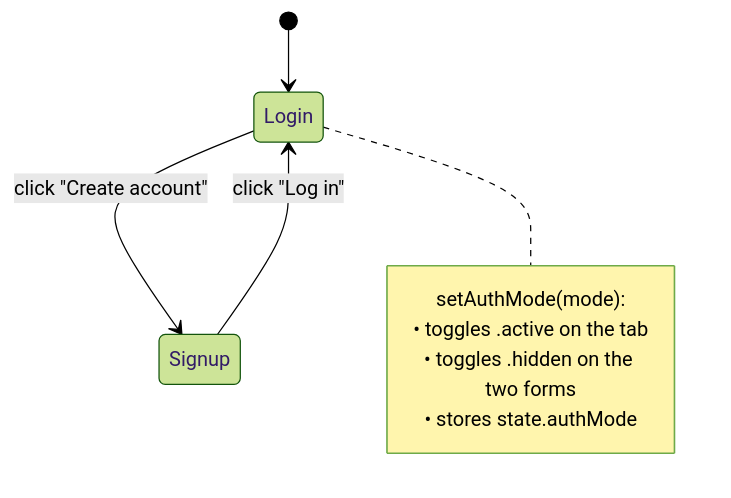
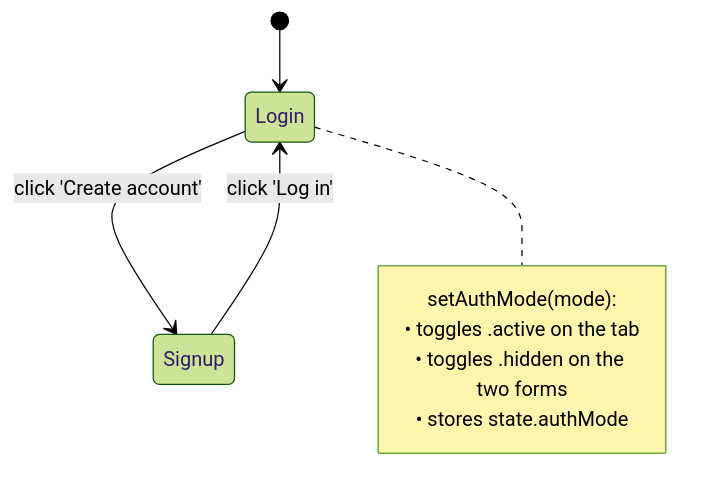
Before and after one commit to ngocnxx/digit-yr12-project: the fourth of 4 diagrams in docs/design/auth-screen.md, drawn with Mermaid (forest theme). The commit also changed other lines of this file, not shown here.

````diff
--- a/docs/design/auth-screen.md
+++ b/docs/design/auth-screen.md
@@ -154,12 +155,12 @@
 ```mermaid
 stateDiagram-v2
     [*] --> Login
-    Login --> Signup: click "Create account"
-    Signup --> Login: click "Log in"
+    Login --> Signup: click 'Create account'
+    Signup --> Login: click 'Log in'
     note right of Login
       setAuthMode(mode):
       • toggles .active on the tab
       • toggles .hidden on the two forms
       • stores state.authMode
     end note
 ```
````
